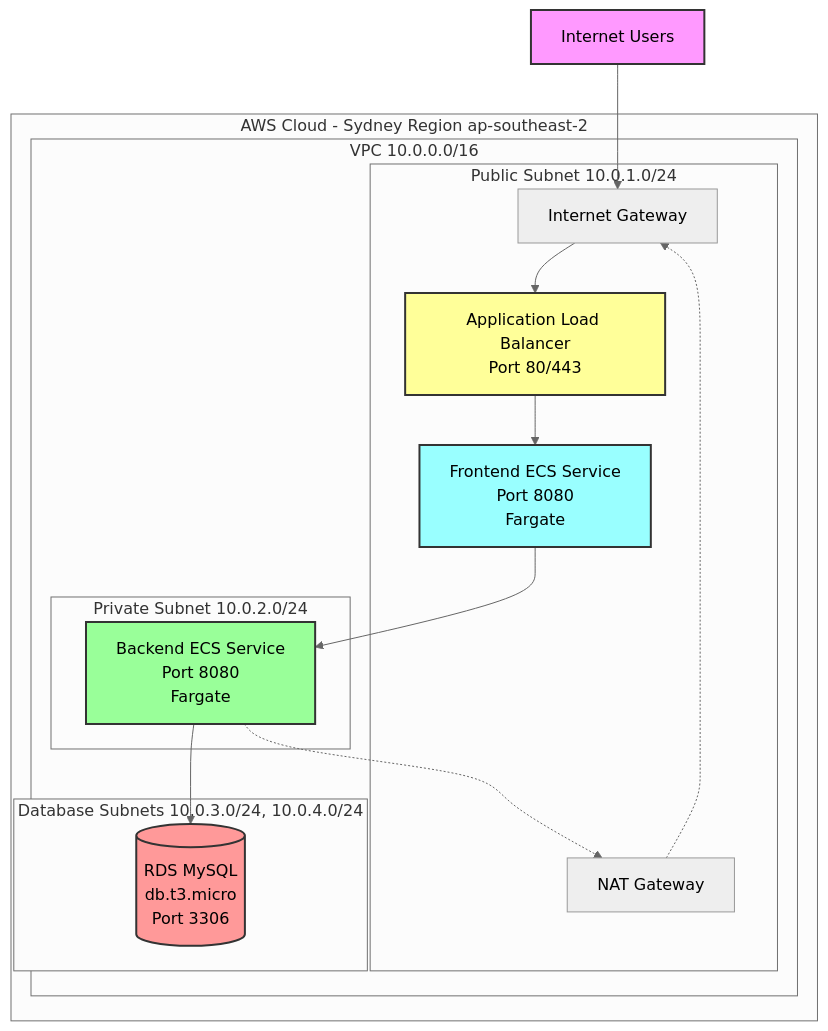
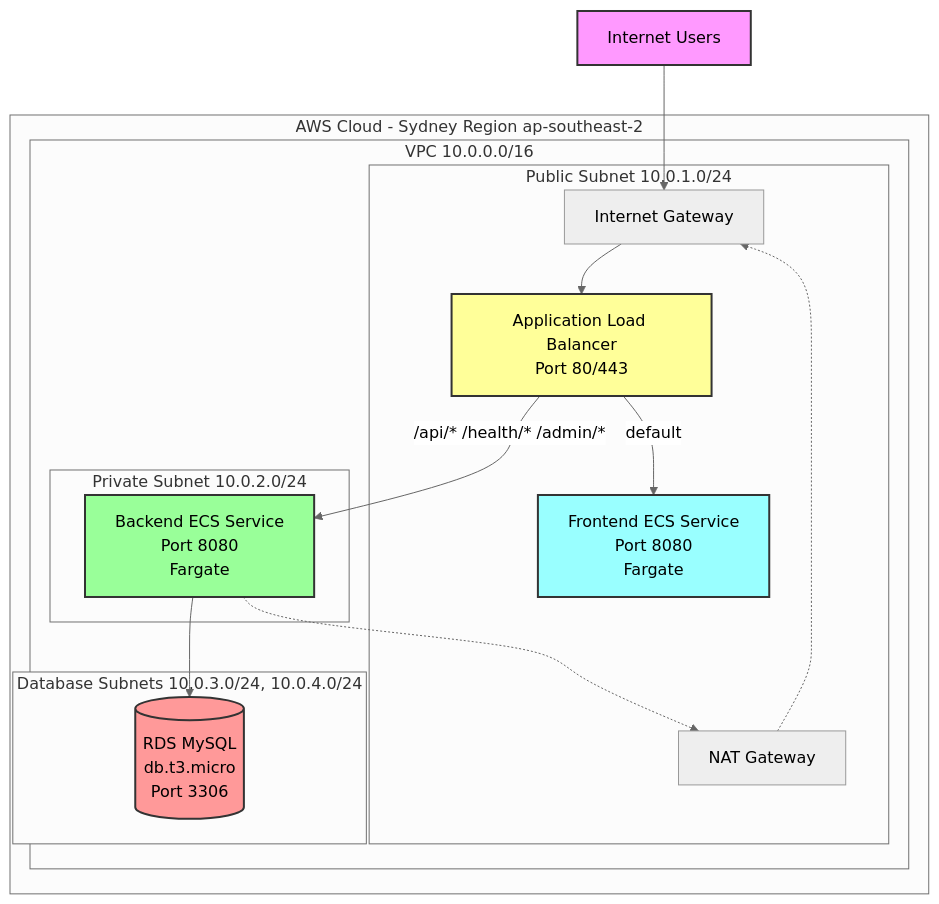
One commit to sabiut/terraform-aws-ecs-infra changed the first of 3 diagrams in README.md. Above: the diagram before and after it, drawn with Mermaid (neutral theme). The commit also changed other lines of this file and 11 other files, not shown here.

````diff
--- a/README.md
+++ b/README.md
@@ -11,35 +11,35 @@
 ```mermaid
 graph TB
     subgraph AWS["AWS Cloud - Sydney Region ap-southeast-2"]
         subgraph VPC["VPC 10.0.0.0/16"]
             subgraph PUB["Public Subnet 10.0.1.0/24"]
                 IGW[Internet Gateway]
                 ALB[Application Load Balancer<br/>Port 80/443]
                 NAT[NAT Gateway]
                 FE[Frontend ECS Service<br/>Port 8080<br/>Fargate]
             end
 
             subgraph PRIV["Private Subnet 10.0.2.0/24"]
                 BE[Backend ECS Service<br/>Port 8080<br/>Fargate]
             end
 
             subgraph DB["Database Subnets 10.0.3.0/24, 10.0.4.0/24"]
                 RDS[(RDS MySQL<br/>db.t3.micro<br/>Port 3306)]
             end
         end
     end
 
     Internet[Internet Users] --> IGW
     IGW --> ALB
-    ALB --> FE
-    FE --> BE
+    ALB -->|default| FE
+    ALB -->|/api/* /health/* /admin/*| BE
     BE --> RDS
     BE -.-> NAT
     NAT -.-> IGW
 
     style Internet fill:#f9f,stroke:#333,stroke-width:2px
     style ALB fill:#ff9,stroke:#333,stroke-width:2px
     style FE fill:#9ff,stroke:#333,stroke-width:2px
     style BE fill:#9f9,stroke:#333,stroke-width:2px
     style RDS fill:#f99,stroke:#333,stroke-width:2px
 ```
````
